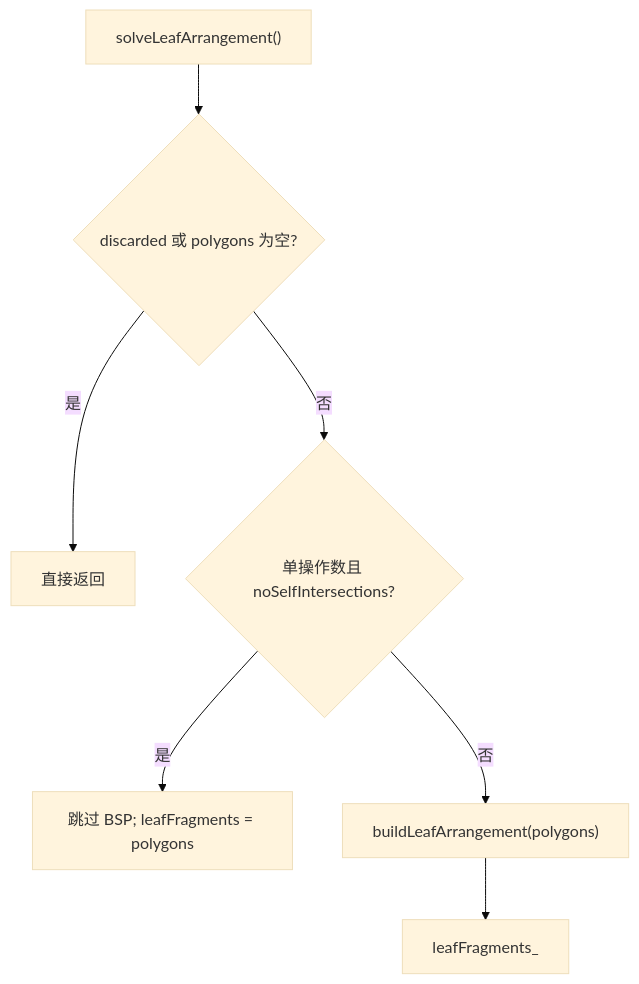
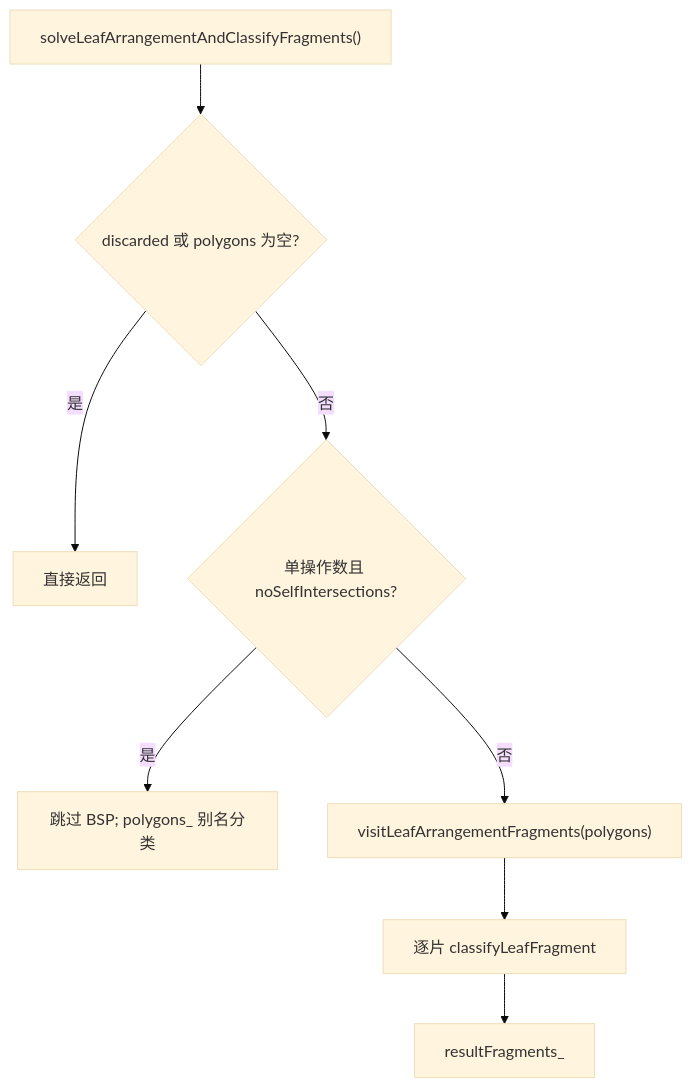
Before and after one commit to SDU-YueQiu/re-EMBER: the tenth of 13 diagrams in docs/core-logic-flow.md, drawn with Mermaid (base theme). The commit also changed other lines of this file and 8 other files, not shown here.

````diff
--- a/docs/core-logic-flow.md
+++ b/docs/core-logic-flow.md
@@ -360,9 +360,10 @@
 ```mermaid
 flowchart TD
-    A["solveLeafArrangement()"] --> B{"discarded 或 polygons 为空?"}
+    A["solveLeafArrangementAndClassifyFragments()"] --> B{"discarded 或 polygons 为空?"}
     B -->|是| C["直接返回"]
     B -->|否| D{"单操作数且 noSelfIntersections?"}
-    D -->|是| E["跳过 BSP; leafFragments = polygons"]
-    D -->|否| F["buildLeafArrangement(polygons)"]
-    F --> G["leafFragments_"]
+    D -->|是| E["跳过 BSP; polygons_ 别名分类"]
+    D -->|否| F["visitLeafArrangementFragments(polygons)"]
+    F --> G["逐片 classifyLeafFragment"]
+    G --> H["resultFragments_"]
 ```
````
